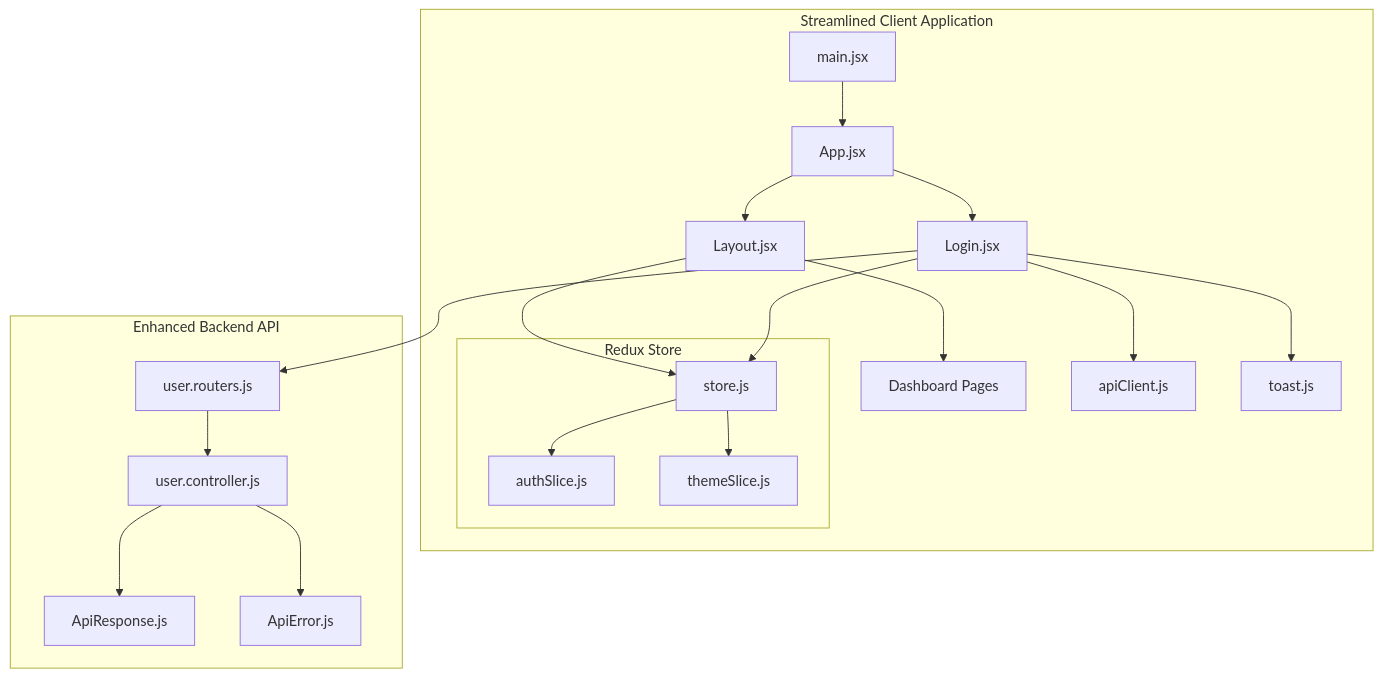
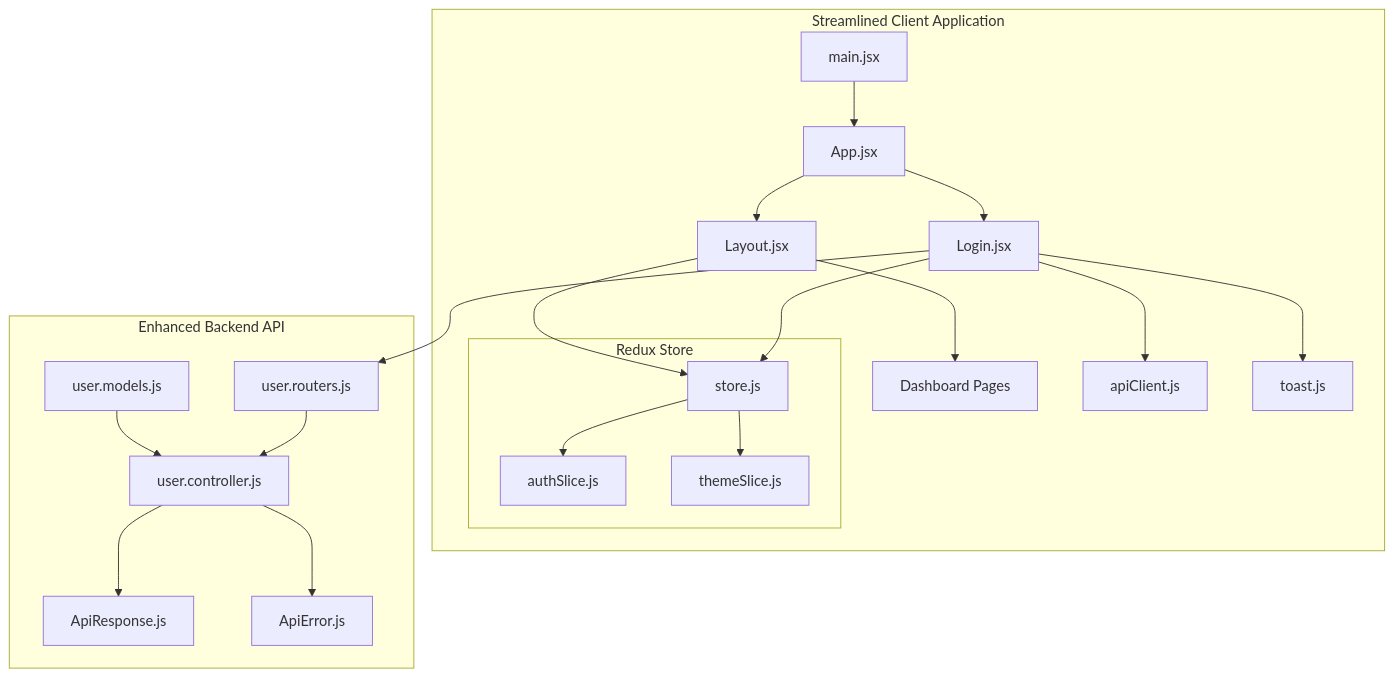
Before and after one commit to Aryan9060/Timetable-Project: the first of 13 diagrams in .qoder/repowiki/en/content/Authentication & Authorization/Login Page Implementation.md, drawn with Mermaid. The commit also changed other lines of this file and 22 other files, not shown here.

````diff
--- a/.qoder/repowiki/en/content/Authentication & Authorization/Login Page Implementation.md
+++ b/.qoder/repowiki/en/content/Authentication & Authorization/Login Page Implementation.md
@@ -49,23 +51,24 @@
 ```mermaid
 graph TB
 subgraph "Streamlined Client Application"
 A[main.jsx] --> B[App.jsx]
 B --> C[Login.jsx]
 B --> D[Layout.jsx]
 D --> E[Dashboard Pages]
 subgraph "Redux Store"
 F[store.js] --> G[authSlice.js]
 F --> H[themeSlice.js]
 end
 C --> F
 C --> I[apiClient.js]
 C --> J[toast.js]
 D --> F
 end
 subgraph "Enhanced Backend API"
 K[user.controller.js] --> L[ApiResponse.js]
 K --> M[ApiError.js]
 N[user.routers.js] --> K
+O[user.models.js] --> K
 end
 C --> N
 ```
````
